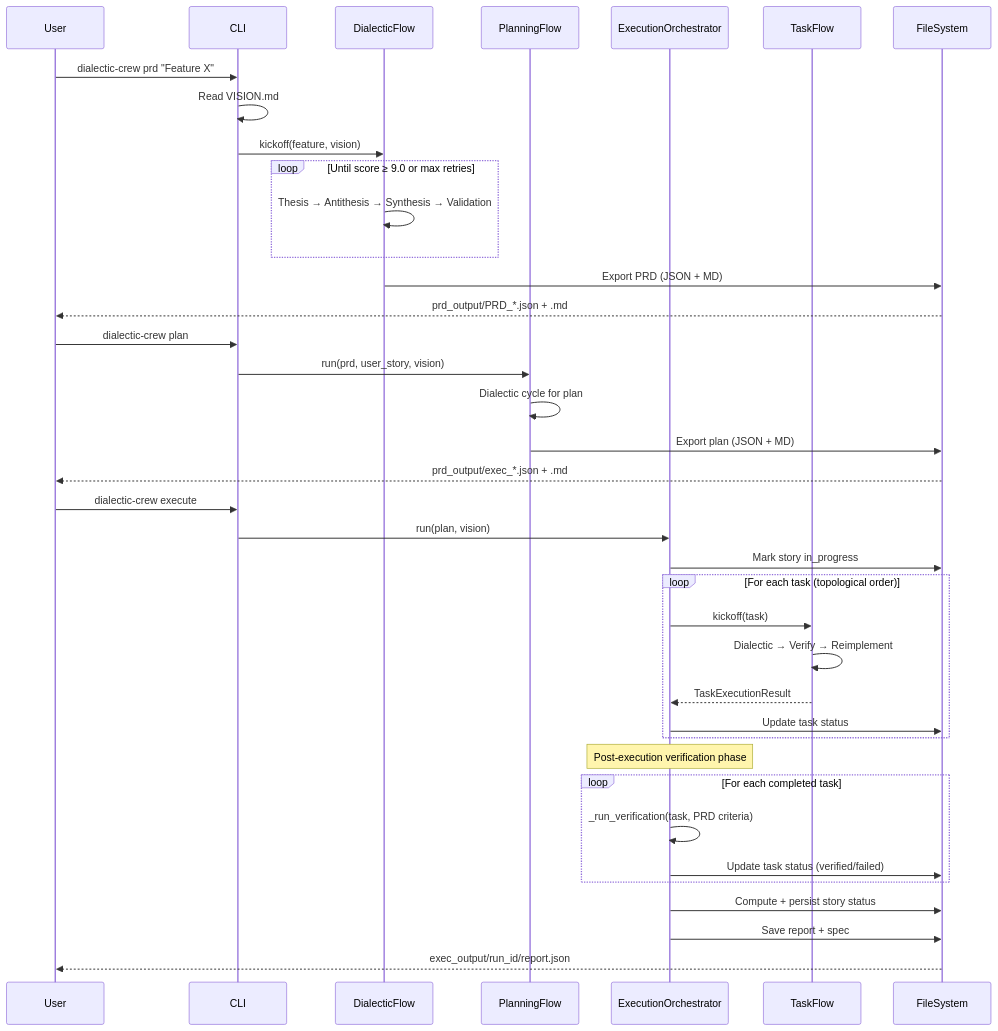
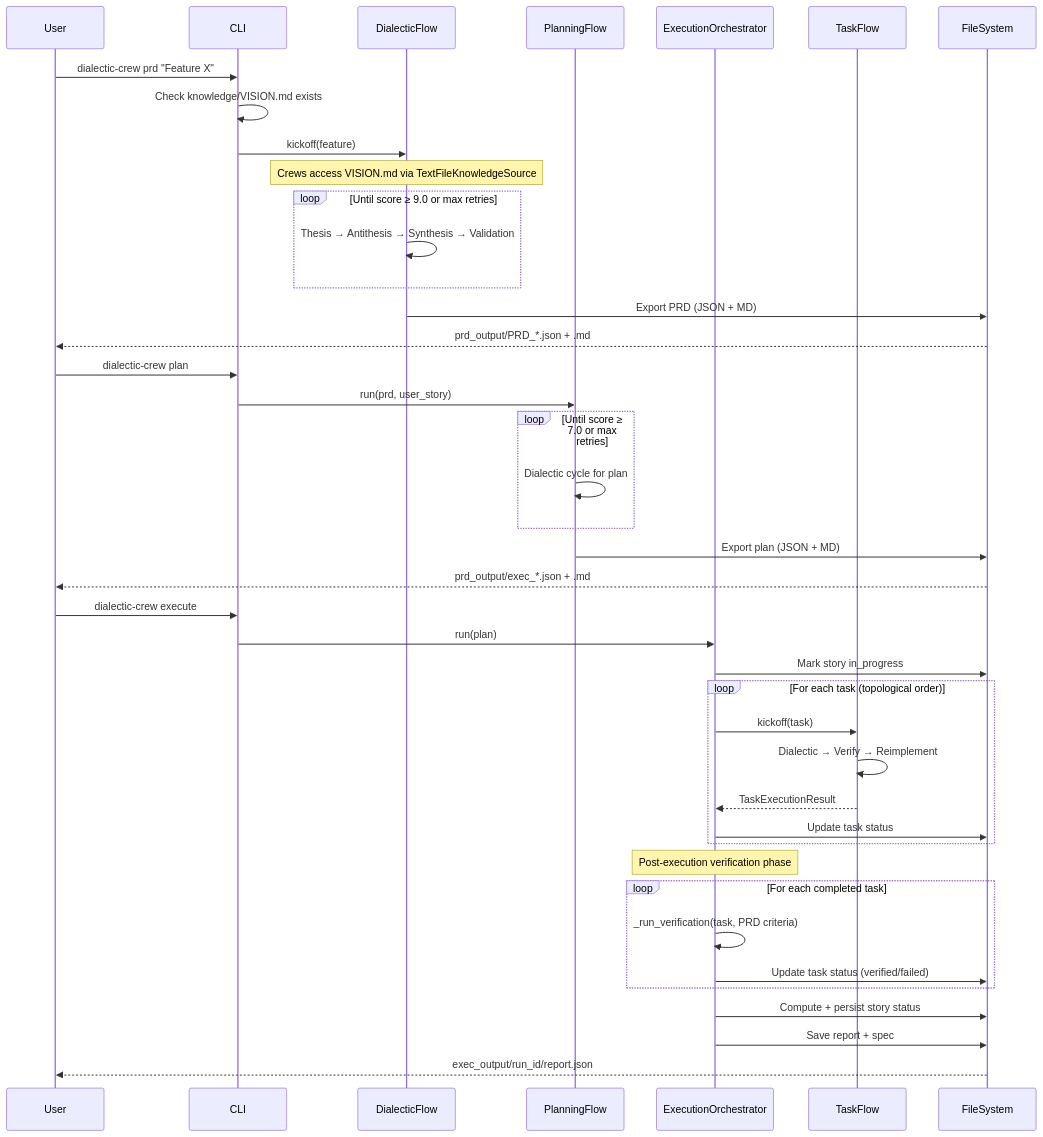
The second of 4 diagrams in docs/architecture.md (darthlinuxer/dialectic-crew-ai), drawn with Mermaid before and after one commit. The commit also changed other lines of this file and 9 other files, not shown here.

````diff
--- a/docs/architecture.md
+++ b/docs/architecture.md
@@ -115,43 +115,46 @@
 ```mermaid
 sequenceDiagram
     participant User
     participant CLI
     participant DialecticFlow
     participant PlanningFlow
     participant ExecutionOrchestrator
     participant TaskFlow
     participant FileSystem
 
     User->>CLI: dialectic-crew prd "Feature X"
-    CLI->>CLI: Read VISION.md
-    CLI->>DialecticFlow: kickoff(feature, vision)
+    CLI->>CLI: Check knowledge/VISION.md exists
+    CLI->>DialecticFlow: kickoff(feature)
+    Note over DialecticFlow: Crews access VISION.md via TextFileKnowledgeSource
     loop Until score ≥ 9.0 or max retries
         DialecticFlow->>DialecticFlow: Thesis → Antithesis → Synthesis → Validation
     end
     DialecticFlow->>FileSystem: Export PRD (JSON + MD)
     FileSystem-->>User: prd_output/PRD_*.json + .md
 
     User->>CLI: dialectic-crew plan
-    CLI->>PlanningFlow: run(prd, user_story, vision)
-    PlanningFlow->>PlanningFlow: Dialectic cycle for plan
+    CLI->>PlanningFlow: run(prd, user_story)
+    loop Until score ≥ 7.0 or max retries
+        PlanningFlow->>PlanningFlow: Dialectic cycle for plan
+    end
     PlanningFlow->>FileSystem: Export plan (JSON + MD)
     FileSystem-->>User: prd_output/exec_*.json + .md
 
     User->>CLI: dialectic-crew execute
-    CLI->>ExecutionOrchestrator: run(plan, vision)
+    CLI->>ExecutionOrchestrator: run(plan)
     ExecutionOrchestrator->>FileSystem: Mark story in_progress
     loop For each task (topological order)
         ExecutionOrchestrator->>TaskFlow: kickoff(task)
         TaskFlow->>TaskFlow: Dialectic → Verify → Reimplement
         TaskFlow-->>ExecutionOrchestrator: TaskExecutionResult
         ExecutionOrchestrator->>FileSystem: Update task status
     end
     Note over ExecutionOrchestrator: Post-execution verification phase
     loop For each completed task
         ExecutionOrchestrator->>ExecutionOrchestrator: _run_verification(task, PRD criteria)
         ExecutionOrchestrator->>FileSystem: Update task status (verified/failed)
     end
     ExecutionOrchestrator->>FileSystem: Compute + persist story status
     ExecutionOrchestrator->>FileSystem: Save report + spec
     FileSystem-->>User: exec_output/run_id/report.json
 ```
````
